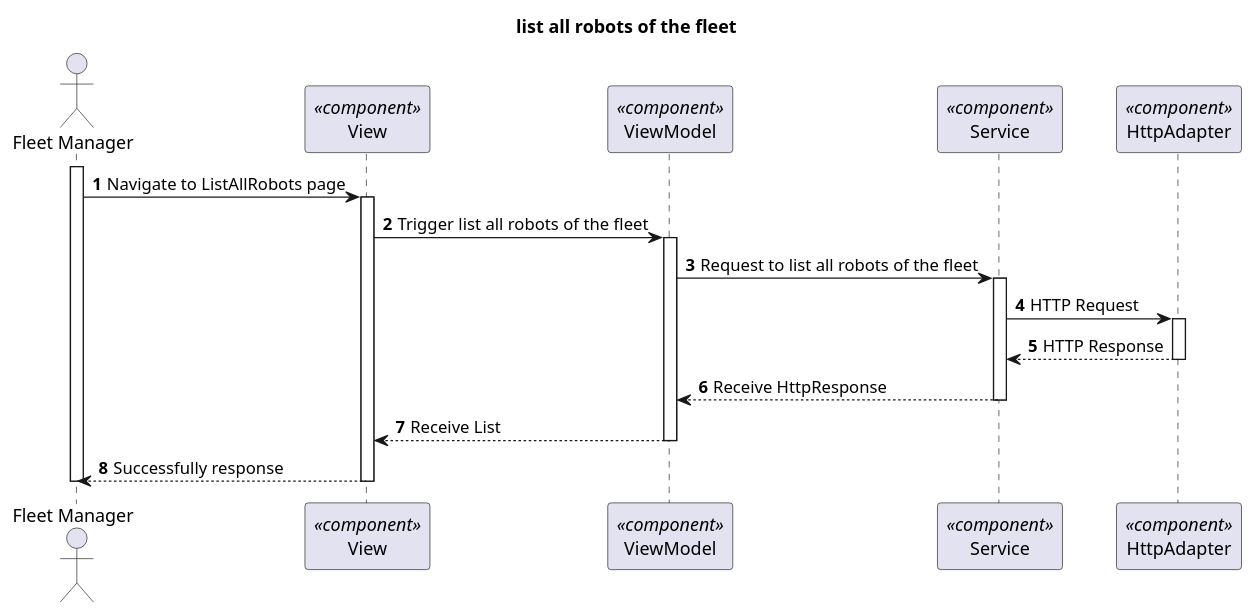
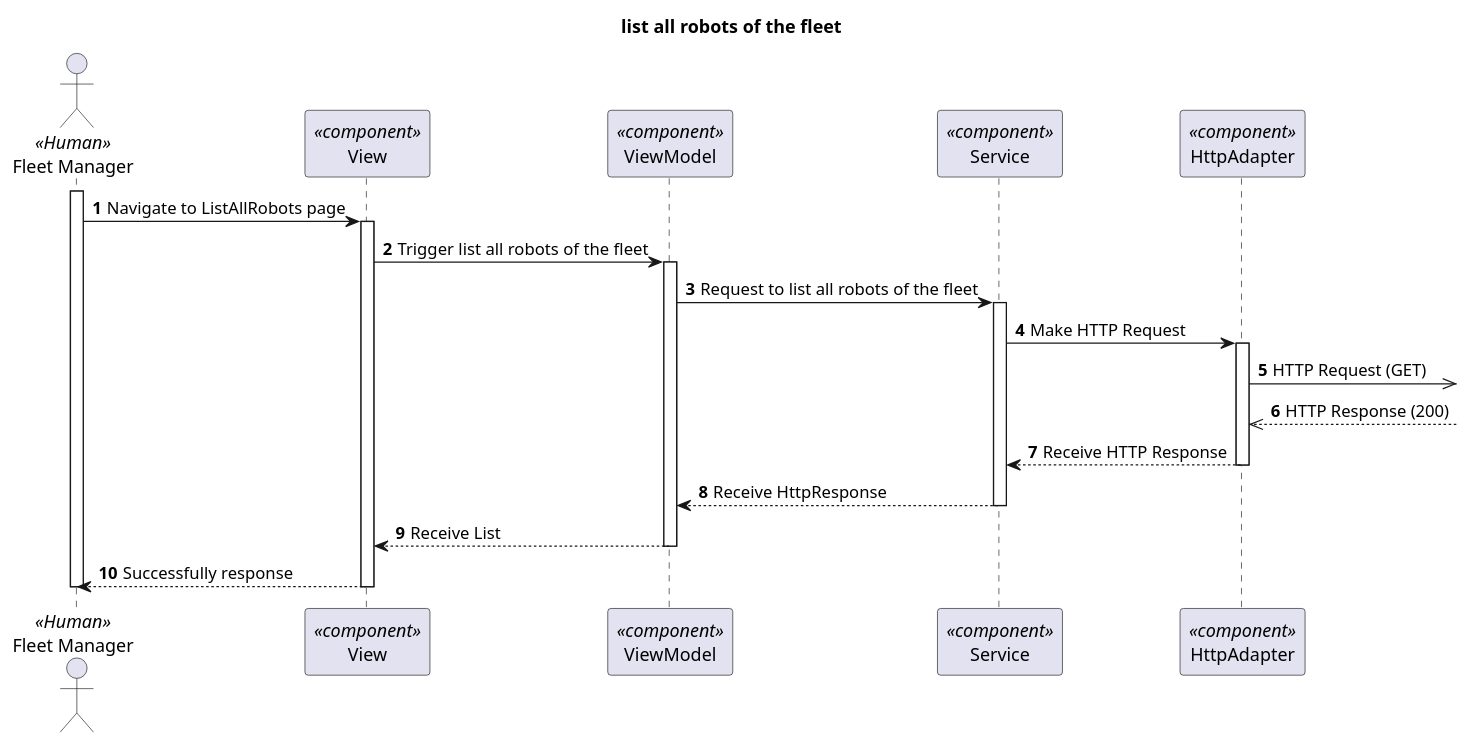
Before and after one commit to 1210910/lapr5: the diagram in docs/VistaProcesso/US380(1030)/Visualization/ProcessView_Level3_US1030.puml, drawn with PlantUML. The commit also changed 42 other files, not shown here.

```diff
--- a/docs/VistaProcesso/US380(1030)/Visualization/ProcessView_Level3_US1030.puml
+++ b/docs/VistaProcesso/US380(1030)/Visualization/ProcessView_Level3_US1030.puml
@@ -1,36 +1,38 @@
 @startuml Process View - Level 3
 
 autonumber
 skinparam packageStyle rect
 
 title list all robots of the fleet
 
-actor "Fleet Manager" as FM
+actor "Fleet Manager" as FM <<Human>>
 participant "View" as view <<component>>
 participant "ViewModel" as viewModel <<component>>
 participant "Service" as service <<component>>
 participant "HttpAdapter" as httpAdapter <<component>>
 
 activate FM
 FM -> view : Navigate to ListAllRobots page
 activate view
 view -> viewModel : Trigger list all robots of the fleet
 
 activate viewModel
 viewModel -> service : Request to list all robots of the fleet
 
 activate service
-service -> httpAdapter : HTTP Request
+service -> httpAdapter : Make HTTP Request
 activate httpAdapter
-httpAdapter --> service : HTTP Response
+httpAdapter ->> : HTTP Request (GET)
+httpAdapter <<-- : HTTP Response (200)
+httpAdapter --> service : Receive HTTP Response
 deactivate httpAdapter
 
 service --> viewModel : Receive HttpResponse
 deactivate service
 viewModel --> view : Receive List
 deactivate viewModel
 
 FM <-- view : Successfully response
 deactivate view
 deactivate FM
 @enduml
```
